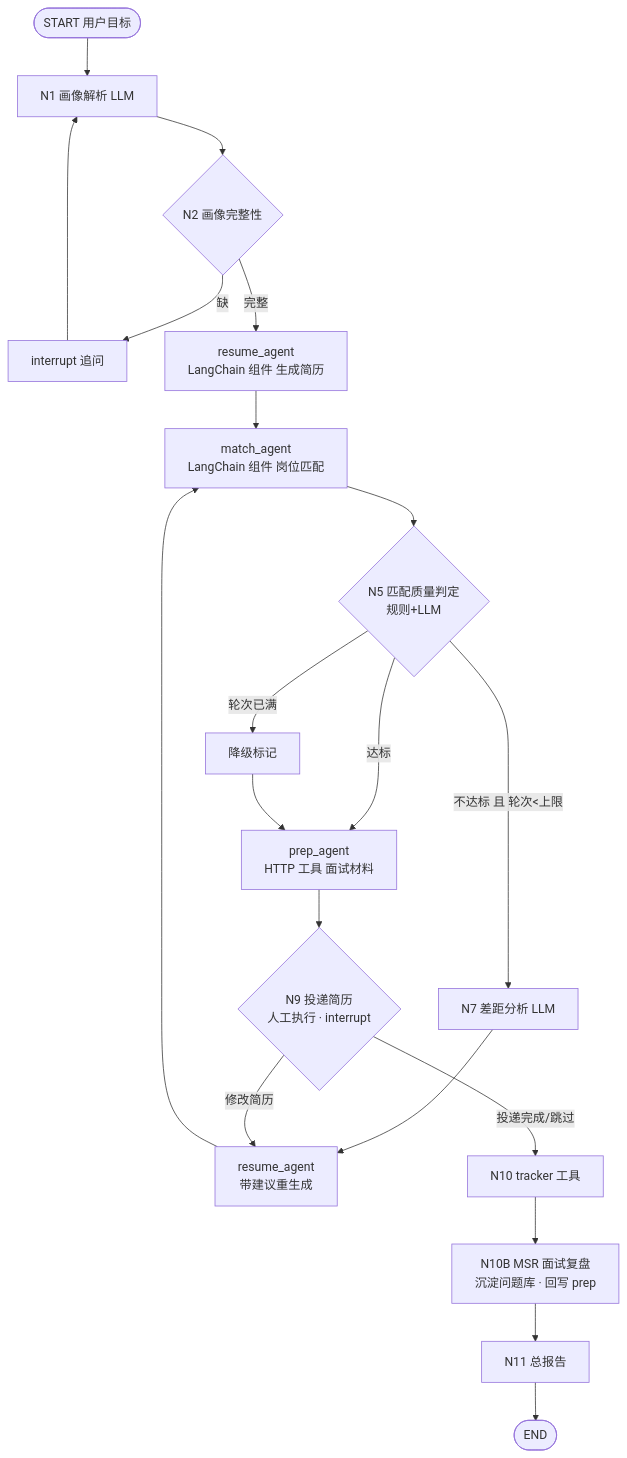
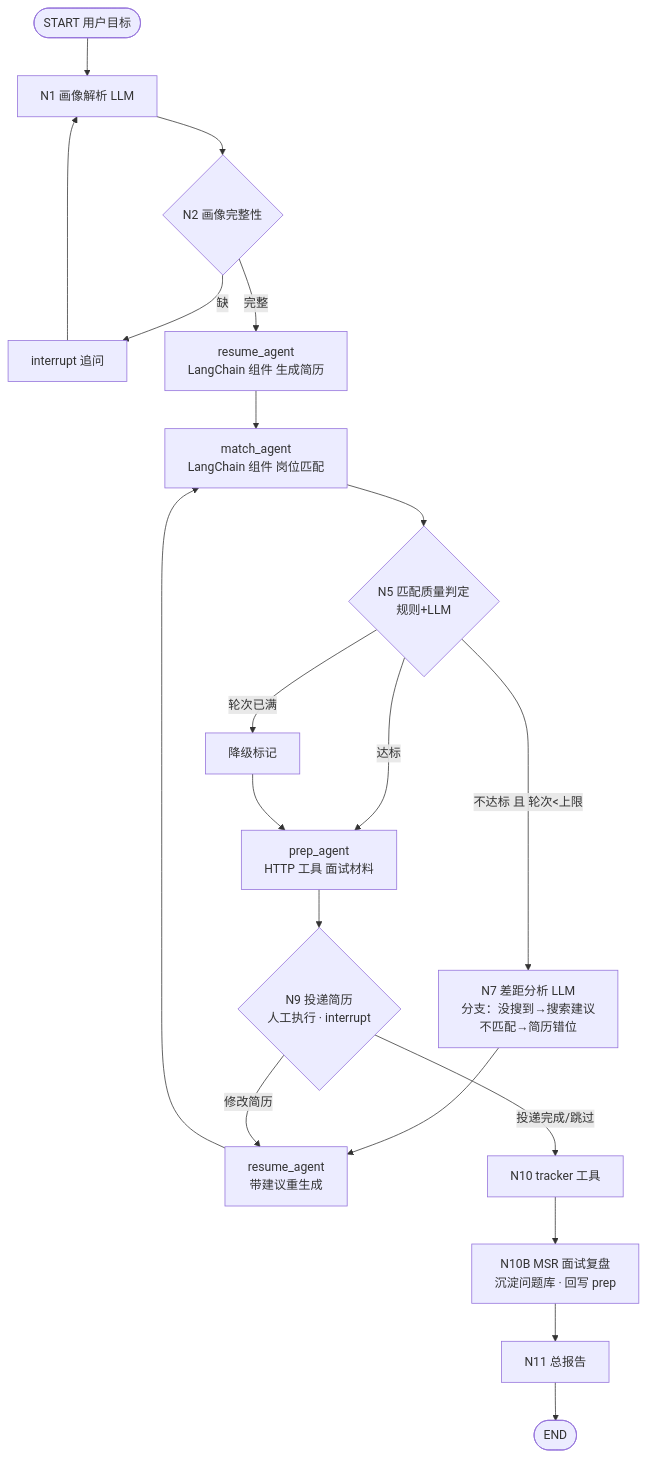
One commit to LI-PG1/JOBHUNTER changed the sixth of 6 diagrams in _设计文档/4_大改造架构设计-v2.0.md. Above: the diagram before and after it, drawn with Mermaid. The commit also changed other lines of this file and 180 other files, not shown here.

````diff
--- a/_设计文档/4_大改造架构设计-v2.0.md
+++ b/_设计文档/4_大改造架构设计-v2.0.md
@@ -519,22 +520,22 @@
 ```mermaid
 flowchart TD
     START([START 用户目标]) --> N1[N1 画像解析 LLM]
     N1 --> N2{N2 画像完整性}
     N2 -->|缺| N1B[interrupt 追问]
     N1B --> N1
     N2 -->|完整| N3[resume_agent<br/>LangChain 组件 生成简历]
     N3 --> N4[match_agent<br/>LangChain 组件 岗位匹配]
     N4 --> N5{N5 匹配质量判定<br/>规则+LLM}
     N5 -->|达标| N6[prep_agent<br/>HTTP 工具 面试材料]
-    N5 -->|不达标 且 轮次<上限| N7[N7 差距分析 LLM]
+    N5 -->|不达标 且 轮次<上限| N7[N7 差距分析 LLM<br/>分支：没搜到→搜索建议<br/>不匹配→简历错位]
     N7 --> N8[resume_agent<br/>带建议重生成]
     N8 --> N4
     N5 -->|轮次已满| N12[降级标记]
     N12 --> N6
     N6 --> N9{N9 投递简历<br/>人工执行 · interrupt}
     N9 -->|修改简历| N8
     N9 -->|投递完成/跳过| N10[N10 tracker 工具]
     N10 --> N10B[N10B MSR 面试复盘<br/>沉淀问题库 · 回写 prep]
     N10B --> N11[N11 总报告]
     N11 --> END([END])
 ```
````
